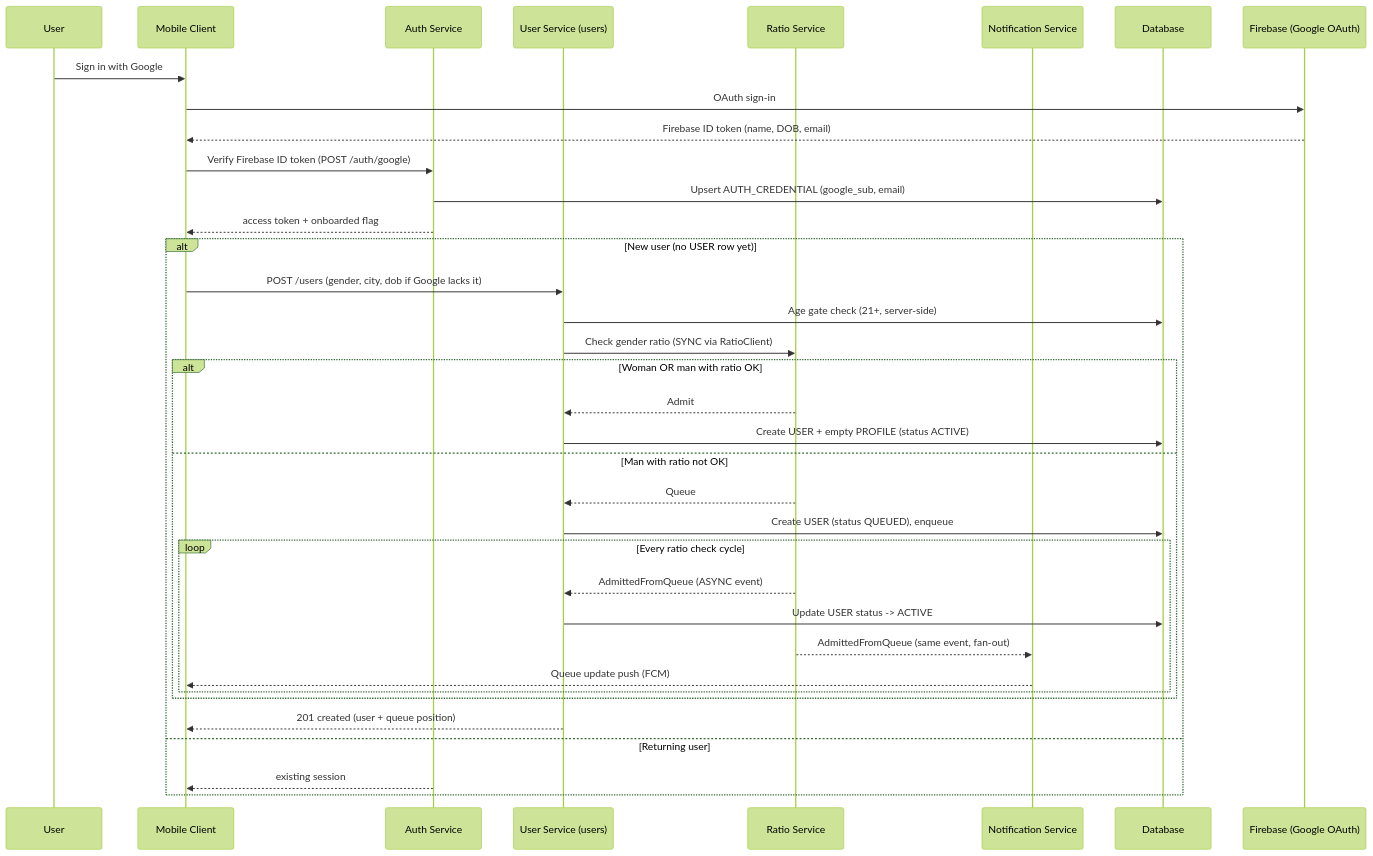
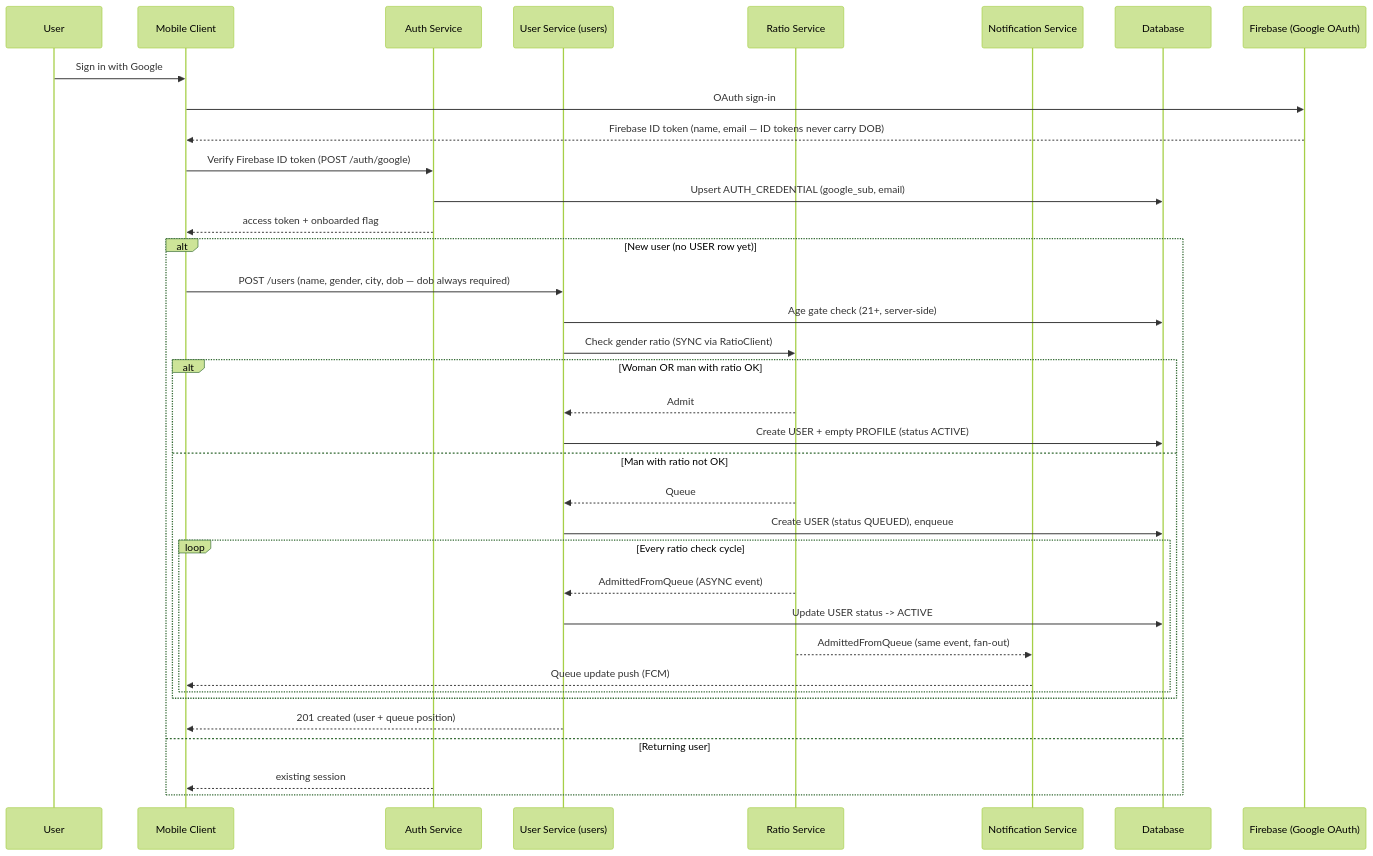
One commit to cheetah-org/fold-design changed the first of 4 diagrams in design-decision/inter-service-communication.md. Above: the diagram before and after it, drawn with Mermaid (forest theme). The commit also changed other lines of this file and 8 other files, not shown here.

````diff
--- a/design-decision/inter-service-communication.md
+++ b/design-decision/inter-service-communication.md
@@ -62,39 +62,39 @@
 ```mermaid
 sequenceDiagram
     participant User as User
     participant Client as Mobile Client
     participant Auth as Auth Service
     participant UserSvc as User Service (users)
     participant Ratio as Ratio Service
     participant Notif as Notification Service
     participant DB as Database
     participant Firebase as Firebase (Google OAuth)
 
     User ->> Client: Sign in with Google
     Client ->> Firebase: OAuth sign-in
-    Firebase -->> Client: Firebase ID token (name, DOB, email)
+    Firebase -->> Client: Firebase ID token (name, email — ID tokens never carry DOB)
     Client ->> Auth: Verify Firebase ID token (POST /auth/google)
     Auth ->> DB: Upsert AUTH_CREDENTIAL (google_sub, email)
     Auth -->> Client: access token + onboarded flag
     alt New user (no USER row yet)
-        Client ->> UserSvc: POST /users (gender, city, dob if Google lacks it)
+        Client ->> UserSvc: POST /users (name, gender, city, dob — dob always required)
         UserSvc ->> DB: Age gate check (21+, server-side)
         UserSvc ->> Ratio: Check gender ratio (SYNC via RatioClient)
         alt Woman OR man with ratio OK
             Ratio -->> UserSvc: Admit
             UserSvc ->> DB: Create USER + empty PROFILE (status ACTIVE)
         else Man with ratio not OK
             Ratio -->> UserSvc: Queue
             UserSvc ->> DB: Create USER (status QUEUED), enqueue
             loop Every ratio check cycle
                 Ratio -->> UserSvc: AdmittedFromQueue (ASYNC event)
                 UserSvc ->> DB: Update USER status -> ACTIVE
                 Ratio -->> Notif: AdmittedFromQueue (same event, fan-out)
                 Notif -->> Client: Queue update push (FCM)
             end
         end
         UserSvc -->> Client: 201 created (user + queue position)
     else Returning user
         Auth -->> Client: existing session
     end
 ```
````
